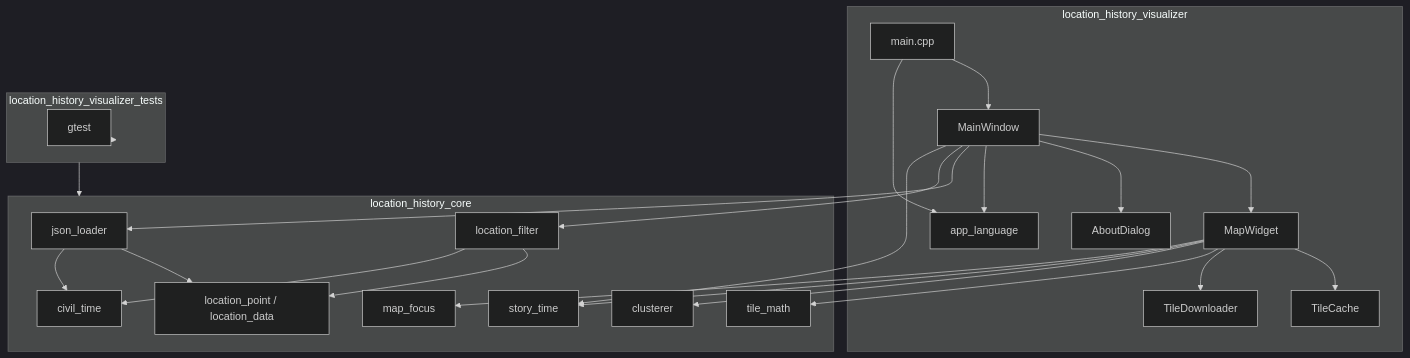
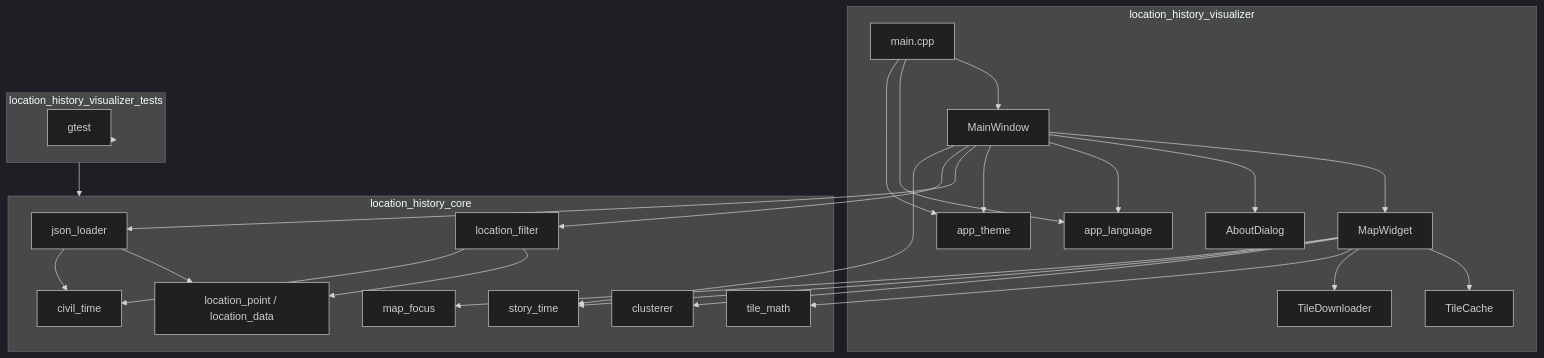
One commit to ViezTrinker/location-history-visualizer changed the first of 2 diagrams in doc/architecture.md. Above: the diagram before and after it, drawn with Mermaid (dark theme). The commit also changed 21 other files, not shown here.

````diff
--- a/doc/architecture.md
+++ b/doc/architecture.md
@@ -11,48 +11,51 @@
 ```mermaid
 flowchart TB
   subgraph app [location_history_visualizer]
     mainCpp[main.cpp]
     mainWindow[MainWindow]
     mapWidget[MapWidget]
     aboutDialog[AboutDialog]
     appLanguage[app_language]
+    appTheme[app_theme]
     tileCache[TileCache]
     tileDownloader[TileDownloader]
   end
 
   subgraph core [location_history_core]
     jsonLoader[json_loader]
     filter[location_filter]
     civilTime[civil_time]
     tileMath[tile_math]
     clusterer[clusterer]
     storyTime[story_time]
     mapFocus[map_focus]
     dataModel[location_point / location_data]
   end
 
   subgraph tests [location_history_visualizer_tests]
     gtest[gtest]
   end
 
   mainCpp --> mainWindow
   mainCpp --> appLanguage
+  mainCpp --> appTheme
   mainWindow --> mapWidget
   mainWindow --> aboutDialog
   mainWindow --> appLanguage
+  mainWindow --> appTheme
   mainWindow --> jsonLoader
   mainWindow --> filter
   mainWindow --> storyTime
   mapWidget --> tileCache
   mapWidget --> tileDownloader
   mapWidget --> tileMath
   mapWidget --> clusterer
   mapWidget --> storyTime
   mapWidget --> mapFocus
   jsonLoader --> dataModel
   jsonLoader --> civilTime
   filter --> dataModel
   filter --> civilTime
   tests --> core
   tests --> gtest
 ```
````
